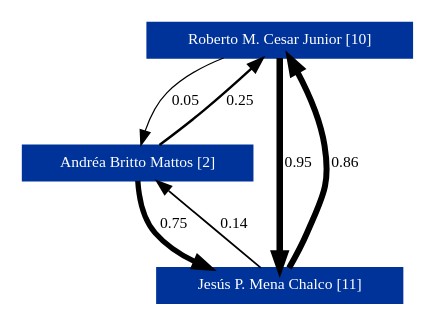
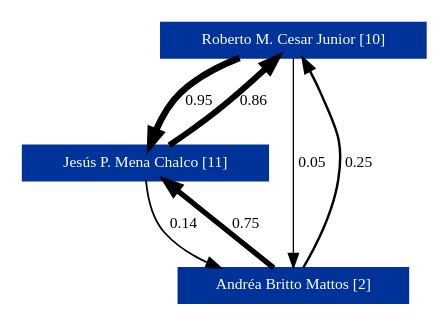
The diagram in exemplo/teste-01/grafoDeColaboracoesNormalizado.dot (charles-souza/tcc-script-lattes), drawn with Graphviz before and after one commit. The commit also changed 41 other files, not shown here.

```diff
--- a/exemplo/teste-01/grafoDeColaboracoesNormalizado.dot
+++ b/exemplo/teste-01/grafoDeColaboracoesNormalizado.dot
@@ -1,13 +1,13 @@
 strict digraph grafo3 {
-	graph [bb="0,0,210,146", id=grafo3, overlap=False];
+	graph [bb="0,0,202,146", id=grafo3, overlap=False];
 	node [label="\N", fontsize=8, shape=rectangle, style=filled];
-	0 [label="Roberto M. Cesar Junior [10]", URL="http://lattes.cnpq.br/2240951178648368", color="#003399", fontcolor="#FFFFFF", height="0.25", pos="142,137", width="1.8889"];
-	2 [label="Andréa Britto Mattos [2]", URL="http://lattes.cnpq.br/2837012019824386", color="#003399", fontcolor="#FFFFFF", height="0.25", pos="142,9", width="1.6389"];
-	1 [label="Jesús P. Mena Chalco [11]", URL="http://lattes.cnpq.br/4727357182510680", color="#003399", fontcolor="#FFFFFF", height="0.25", pos="63,73", width="1.75"];
-	0 -> 2 [arrowhead=normal, arrowsize="0.75", fontsize=8, label="0.05", lp="151.5,73", penwidth="0.65", pos="e,142,18.122 142,127.79 142,106.39 142,53.03 142,25.703"];
-	0 -> 1 [arrowhead=normal, arrowsize="0.75", fontsize=8, label="0.95", lp="90.5,105", penwidth="3.35", pos="e,65.525,82.304 110.62,127.97 100.24,123.8 89.252,117.96 81,110 75.185,104.39 70.995,96.517 68.129,89.474"];
-	1 -> 0 [arrowhead=normal, arrowsize="0.75", fontsize=8, label="0.86", lp="120.5,105", penwidth="3.08", pos="e,132.21,127.92 76.233,82.21 83.389,87.301 92.31,93.828 100,100 109.06,107.27 118.81,115.82 126.64,122.86"];
-	1 -> 2 [arrowhead=normal, arrowsize="0.75", fontsize=8, label="0.14", lp="90.5,41", penwidth="0.92", pos="e,110.62,18.028 65.525,63.696 68.177,55.475 73.082,43.637 81,36 87.318,29.906 95.242,25.053 103.27,21.242"];
-	2 -> 0 [arrowhead=normal, arrowsize="0.75", fontsize=8, label="0.25", lp="174.5,73", penwidth="1.25", pos="e,147.54,127.68 147.86,18.234 155.83,31.88 168.7,58.371 165,82 162.84,95.791 156.57,110.32 151.12,120.98"];
-	2 -> 1 [arrowhead=normal, arrowsize="0.75", fontsize=8, label="0.75", lp="120.5,41", penwidth="2.75", pos="e,76.233,63.79 132.21,18.085 123.83,25.742 111.37,36.877 100,46 94.473,50.436 88.309,55.056 82.623,59.194"];
+	0 [label="Roberto M. Cesar Junior [10]", URL="http://lattes.cnpq.br/2240951178648368", color="#003399", fontcolor="#FFFFFF", height="0.25", pos="134,137", width="1.8889"];
+	1 [label="Jesús P. Mena Chalco [11]", URL="http://lattes.cnpq.br/4727357182510680", color="#003399", fontcolor="#FFFFFF", height="0.25", pos="134,9", width="1.75"];
+	2 [label="Andréa Britto Mattos [2]", URL="http://lattes.cnpq.br/2837012019824386", color="#003399", fontcolor="#FFFFFF", height="0.25", pos="59,73", width="1.6389"];
+	0 -> 1 [arrowhead=normal, arrowsize="0.75", fontsize=8, label="0.95", lp="143.5,73", penwidth="3.35", pos="e,134,18.122 134,127.79 134,106.39 134,53.03 134,25.703"];
+	0 -> 2 [arrowhead=normal, arrowsize="0.75", fontsize=8, label="0.05", lp="83.5,105", penwidth="0.65", pos="e,60.72,82.279 102.21,127.93 92.161,123.79 81.686,117.98 74,110 68.678,104.47 65.154,96.809 62.868,89.889"];
+	2 -> 1 [arrowhead=normal, arrowsize="0.75", fontsize=8, label="0.75", lp="78.5,41", penwidth="2.75", pos="e,96.267,18.046 59.278,63.727 59.994,55.526 62.239,43.7 69,36 74.494,29.743 81.668,24.904 89.239,21.171"];
+	2 -> 0 [arrowhead=normal, arrowsize="0.75", fontsize=8, label="0.25", lp="113.5,105", penwidth="1.25", pos="e,124.05,127.7 70.791,82.068 77.403,87.226 85.752,93.862 93,100 101.46,107.16 110.64,115.4 118.17,122.29"];
+	1 -> 2 [arrowhead=normal, arrowsize="0.75", fontsize=8, label="0.14", lp="109.5,41", penwidth="0.92", pos="e,69.746,63.83 123.27,18.153 110.81,28.791 90.091,46.469 75.555,58.873"];
+	1 -> 0 [arrowhead=normal, arrowsize="0.75", fontsize=8, label="0.86", lp="166.5,73", penwidth="3.08", pos="e,139.54,127.68 139.86,18.234 147.83,31.88 160.7,58.371 157,82 154.84,95.791 148.57,110.32 143.12,120.98"];
 }
```
